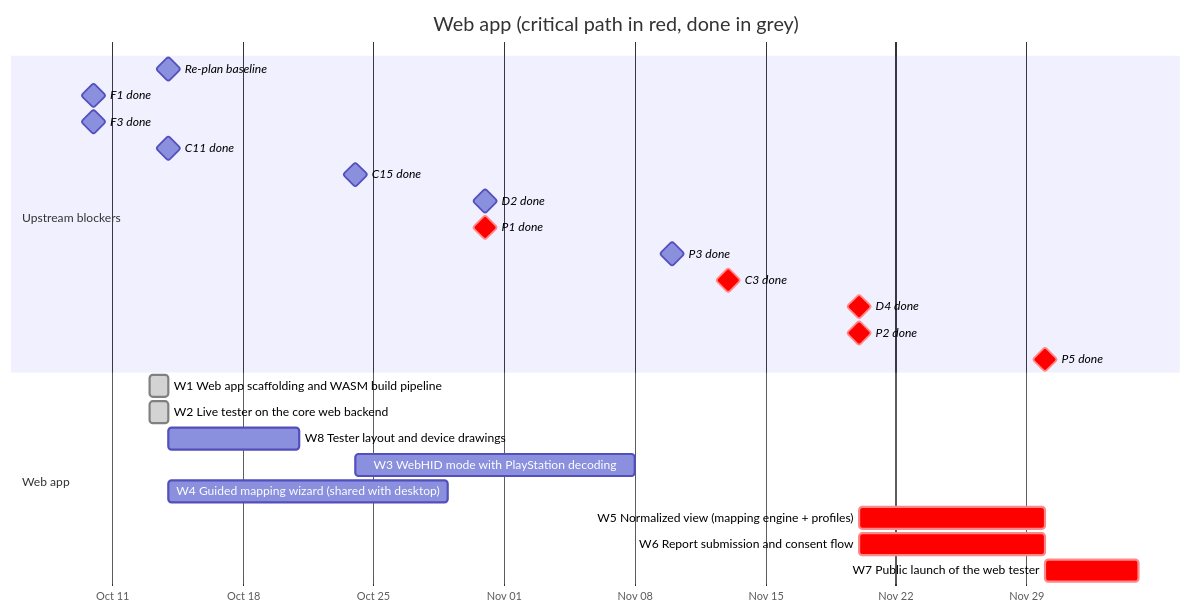
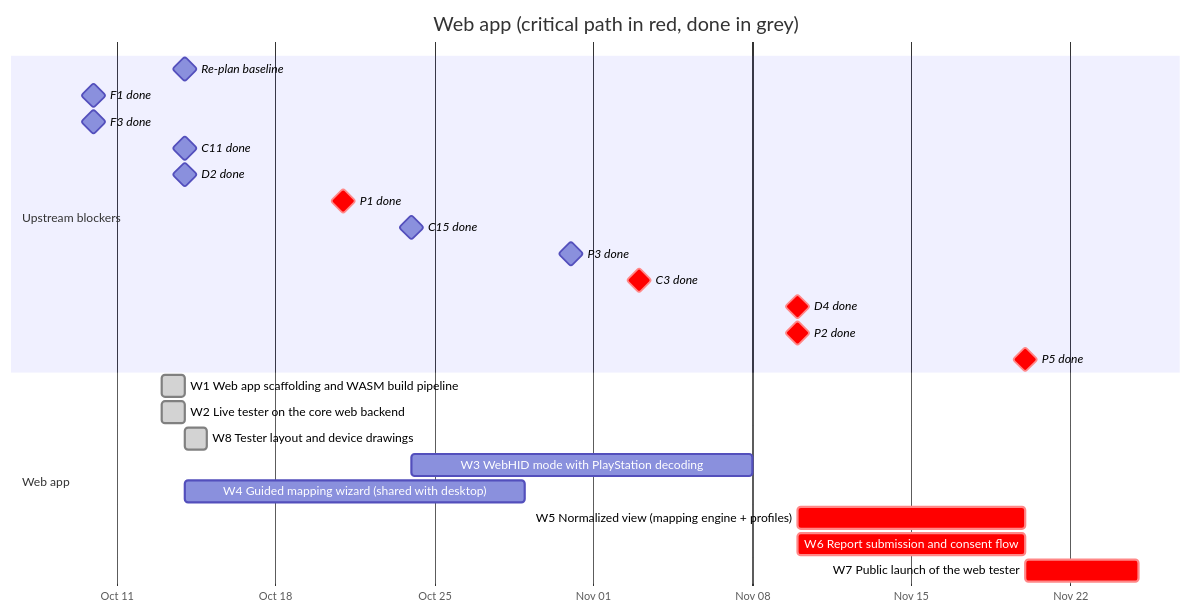
The diagram in ROADMAP/2026-10-14/04-web-app.md (anygamepad/anygamepad.github.io), drawn with Mermaid before and after one commit. The commit also changed other lines of this file and 35 other files, not shown here.

First line of the commit message:
D1, D2: device profile format, JSON Schema and SDL GameControllerDB importer; tester theme switch (#8)

````diff
--- a/ROADMAP/2026-10-14/04-web-app.md
+++ b/ROADMAP/2026-10-14/04-web-app.md
@@ -19,28 +19,28 @@
 ```mermaid
 gantt
     dateFormat YYYY-MM-DD
     axisFormat %b %d
     title Web app (critical path in red, done in grey)
     section Upstream blockers
     Re-plan baseline :milestone, t0, 2026-10-14, 0d
     F1 done :milestone, f1, 2026-10-10, 0d
     F3 done :milestone, f3, 2026-10-10, 0d
     C11 done :milestone, c11, 2026-10-14, 0d
+    D2 done :milestone, d2, 2026-10-14, 0d
+    P1 done :milestone, crit, p1, 2026-10-21, 0d
     C15 done :milestone, c15, 2026-10-24, 0d
-    D2 done :milestone, d2, 2026-10-31, 0d
-    P1 done :milestone, crit, p1, 2026-10-31, 0d
-    P3 done :milestone, p3, 2026-11-10, 0d
-    C3 done :milestone, crit, c3, 2026-11-13, 0d
-    D4 done :milestone, crit, d4, 2026-11-20, 0d
-    P2 done :milestone, crit, p2, 2026-11-20, 0d
-    P5 done :milestone, crit, p5, 2026-11-30, 0d
+    P3 done :milestone, p3, 2026-10-31, 0d
+    C3 done :milestone, crit, c3, 2026-11-03, 0d
+    D4 done :milestone, crit, d4, 2026-11-10, 0d
+    P2 done :milestone, crit, p2, 2026-11-10, 0d
+    P5 done :milestone, crit, p5, 2026-11-20, 0d
     section Web app
     W1 Web app scaffolding and WASM build pipeline :done, w1, 2026-10-13, 1d
     W2 Live tester on the core web backend :done, w2, 2026-10-13, 1d
-    W8 Tester layout and device drawings :w8, after w2 t0, 7d
+    W8 Tester layout and device drawings :done, w8, 2026-10-14, 1d
     W3 WebHID mode with PlayStation decoding :w3, after w2 c15 w8, 15d
     W4 Guided mapping wizard (shared with desktop) :w4, after w2 t0, 15d
     W5 Normalized view (mapping engine + profiles) :crit, w5, after w2 c3 d2 d4, 10d
     W6 Report submission and consent flow :crit, w6, after w4 p1 p2 p3, 10d
     W7 Public launch of the web tester :crit, w7, after w5 w6 p5, 5d
 ```
````
